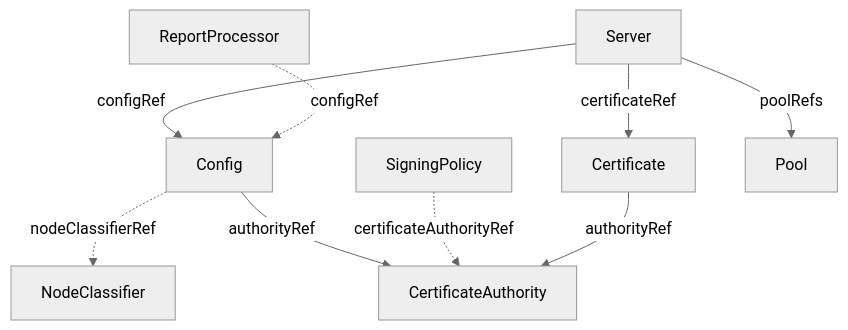
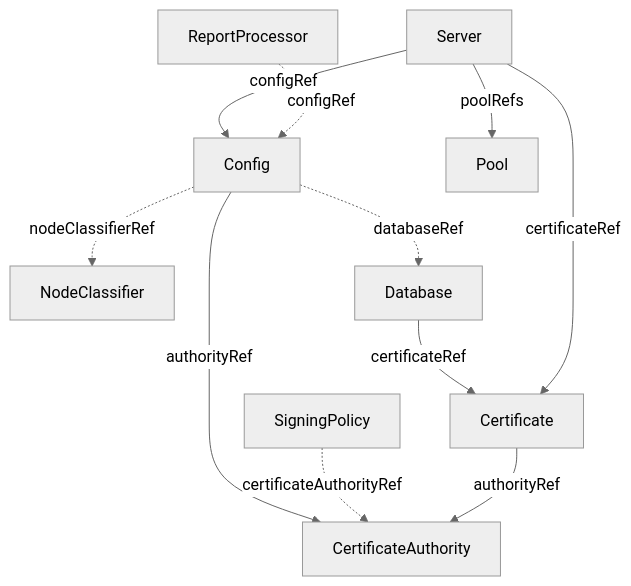
Before and after one commit to slauger/openvox-operator: the first of 2 diagrams in docs/concepts/architecture.md, drawn with Mermaid (neutral theme). The commit also changed other lines of this file and 5 other files, not shown here.

First line of the commit message:
docs: add missing Database, NetworkPolicy, PDB, and databaseRef documentation

````diff
--- a/docs/concepts/architecture.md
+++ b/docs/concepts/architecture.md
@@ -11,19 +11,22 @@
 ```mermaid
 graph TD
     Cfg["Config"]
     CA["CertificateAuthority"]
     SP["SigningPolicy"]
     NC["NodeClassifier"]
     RP["ReportProcessor"]
     Cert["Certificate"]
     Srv["Server"]
     Pool["Pool"]
+    DB["Database"]
     Cfg -->|authorityRef| CA
+    Cfg -.->|databaseRef| DB
     Cfg -.->|nodeClassifierRef| NC
     SP -.->|certificateAuthorityRef| CA
     Cert -->|authorityRef| CA
+    DB -->|certificateRef| Cert
     Srv -->|certificateRef| Cert
     Srv -->|configRef| Cfg
     RP -.->|configRef| Cfg
     Srv -->|poolRefs| Pool
 ```
````
